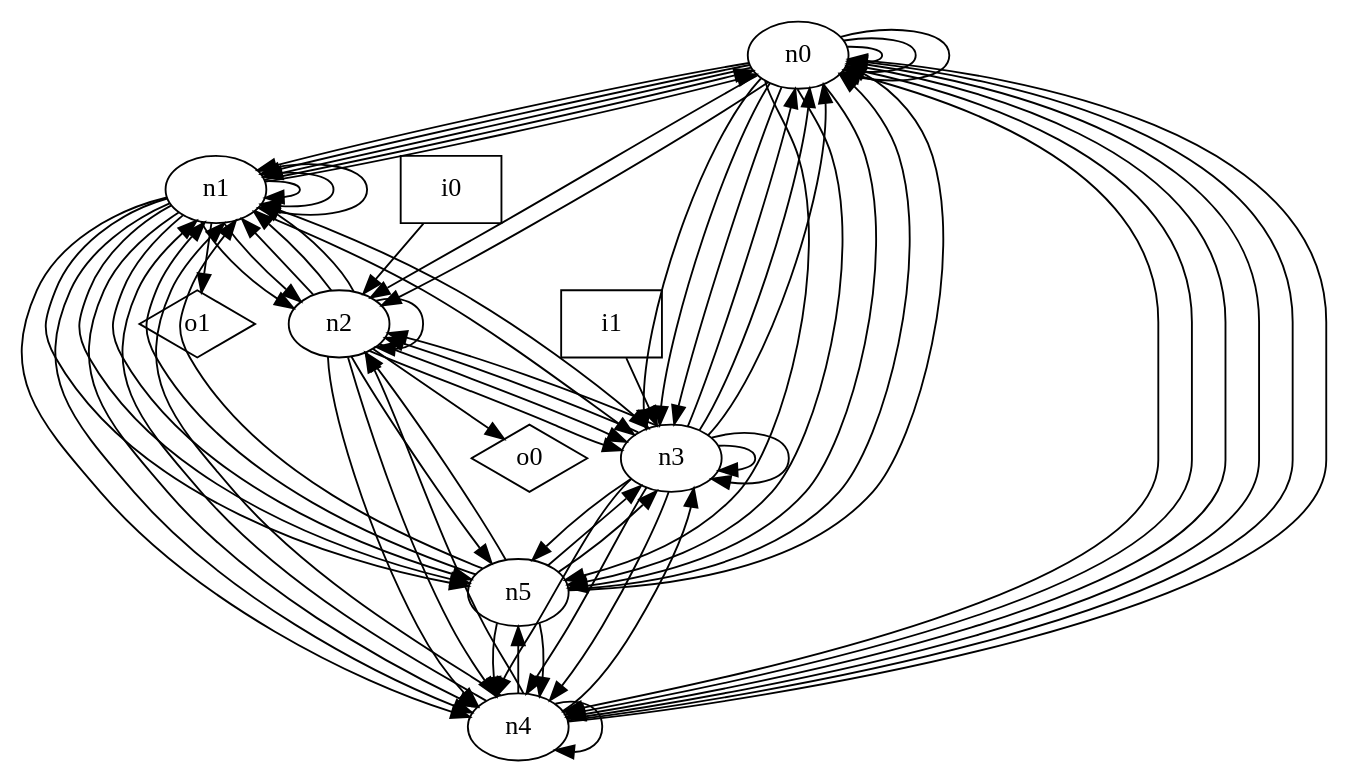
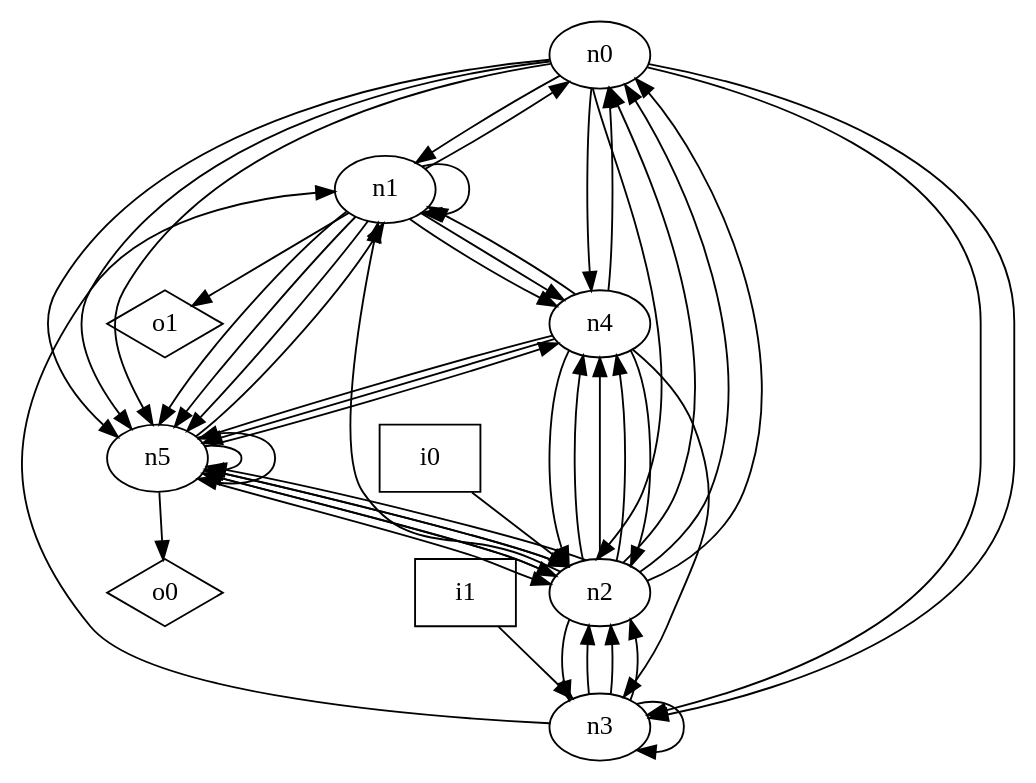
The diagram in dot_files/random/random_graph.dot (p9romain/bool-circuits), drawn with Graphviz before and after one commit. The commit also changed 33 other files, not shown here.

```diff
--- a/dot_files/random/random_graph.dot
+++ b/dot_files/random/random_graph.dot
@@ -1,86 +1,61 @@
 digraph G {
 n0 [label="n0"];
 n1 [label="n1"];
 n2 [label="n2"];
 n3 [label="n3"];
 n4 [label="n4"];
 n5 [label="n5"];
 n6 [label="i0",shape="box"];
 n7 [label="i1",shape="box"];
 n8 [label="o0",shape="diamond"];
 n9 [label="o1",shape="diamond"];
-n0 -> n0
-n0 -> n0
-n0 -> n0
 n0 -> n1
-n0 -> n1
-n0 -> n1
-n0 -> n2
 n0 -> n2
 n0 -> n3
 n0 -> n3
-n0 -> n3
-n0 -> n4
-n0 -> n4
 n0 -> n4
 n0 -> n5
 n0 -> n5
 n0 -> n5
 n1 -> n0
-n1 -> n0
 n1 -> n1
-n1 -> n1
-n1 -> n1
-n1 -> n2
-n1 -> n2
-n1 -> n3
-n1 -> n3
-n1 -> n4
 n1 -> n4
 n1 -> n4
 n1 -> n5
 n1 -> n5
 n1 -> n5
 n1 -> n9
+n2 -> n0
+n2 -> n0
+n2 -> n0
 n2 -> n1
-n2 -> n1
-n2 -> n1
-n2 -> n2
-n2 -> n3
 n2 -> n3
 n2 -> n4
 n2 -> n4
+n2 -> n4
 n2 -> n5
-n2 -> n8
-n3 -> n0
-n3 -> n0
-n3 -> n0
+n2 -> n5
+n2 -> n5
+n3 -> n1
+n3 -> n2
 n3 -> n2
 n3 -> n2
 n3 -> n3
-n3 -> n3
-n3 -> n4
-n3 -> n4
-n3 -> n4
-n3 -> n5
-n4 -> n0
-n4 -> n0
 n4 -> n0
 n4 -> n1
-n4 -> n1
+n4 -> n2
 n4 -> n2
 n4 -> n3
-n4 -> n4
 n4 -> n5
-n5 -> n0
-n5 -> n0
-n5 -> n1
+n4 -> n5
 n5 -> n1
 n5 -> n2
-n5 -> n3
-n5 -> n3
+n5 -> n2
+n5 -> n2
 n5 -> n4
-n5 -> n4
+n5 -> n5
+n5 -> n5
+n5 -> n8
 n6 -> n2
 n7 -> n3
 }
```
